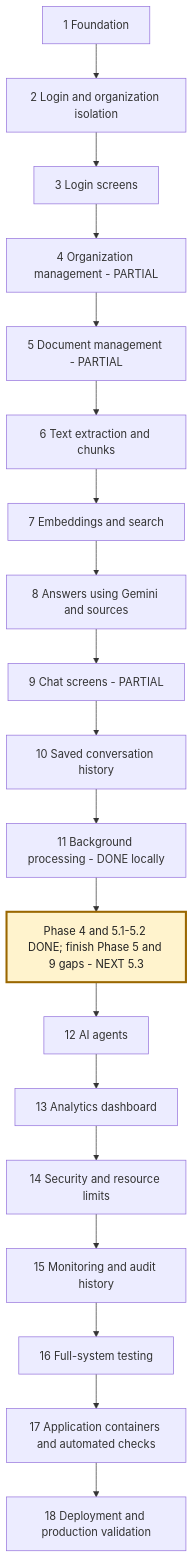
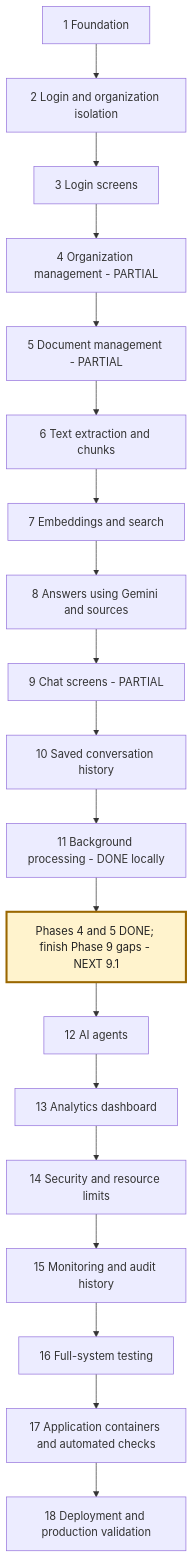
Before and after one commit to msdian0007/nexaAi: the second of 3 diagrams in NEXAAI_ROADMAP.md, drawn with Mermaid. The commit also changed other lines of this file and 8 other files, not shown here.

````diff
--- a/NEXAAI_ROADMAP.md
+++ b/NEXAAI_ROADMAP.md
@@ -189,22 +188,22 @@
 ```mermaid
 flowchart TD
     A[1 Foundation] --> B[2 Login and organization isolation]
     B --> C[3 Login screens]
     C --> D[4 Organization management - PARTIAL]
     D --> E[5 Document management - PARTIAL]
     E --> F[6 Text extraction and chunks]
     F --> G[7 Embeddings and search]
     G --> H[8 Answers using Gemini and sources]
     H --> I[9 Chat screens - PARTIAL]
     I --> J[10 Saved conversation history]
     J --> K[11 Background processing - DONE locally]
-    K --> L[Phase 4 and 5.1-5.2 DONE; finish Phase 5 and 9 gaps - NEXT 5.3]
+    K --> L[Phases 4 and 5 DONE; finish Phase 9 gaps - NEXT 9.1]
     L --> M[12 AI agents]
     M --> N[13 Analytics dashboard]
     N --> O[14 Security and resource limits]
     O --> P[15 Monitoring and audit history]
     P --> Q[16 Full-system testing]
     Q --> R[17 Application containers and automated checks]
     R --> S[18 Deployment and production validation]
     style L fill:#fff3cd,stroke:#9a6700,stroke-width:3px,color:#222
 ```
````
